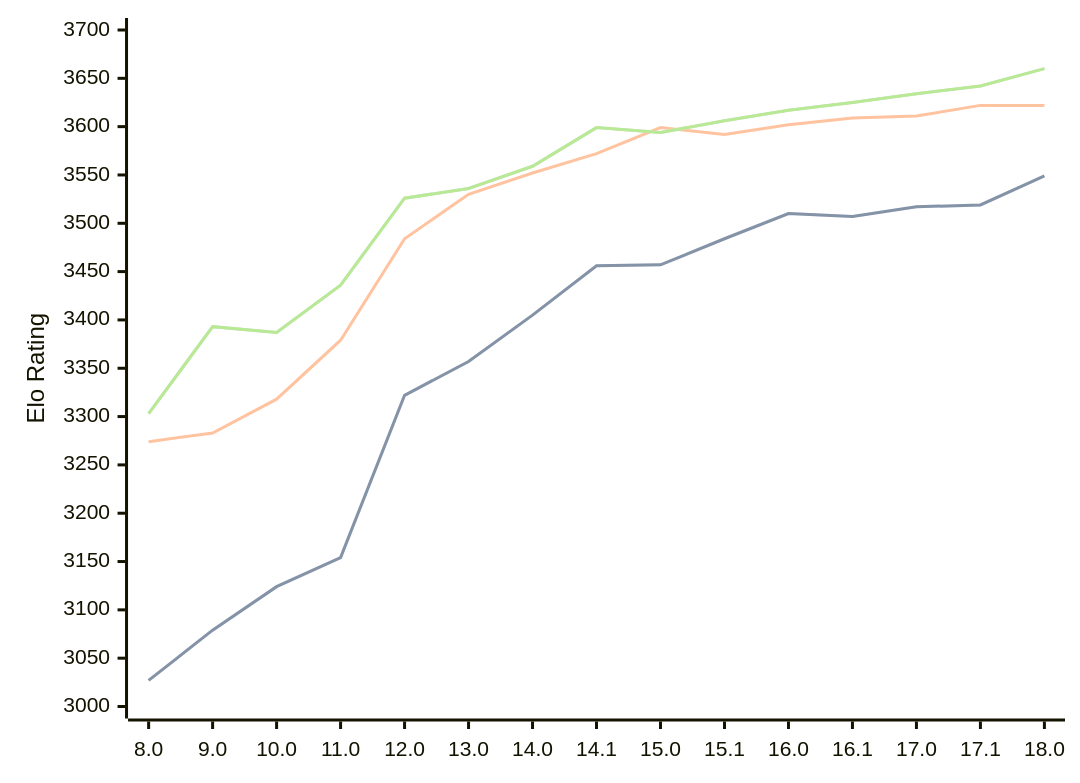
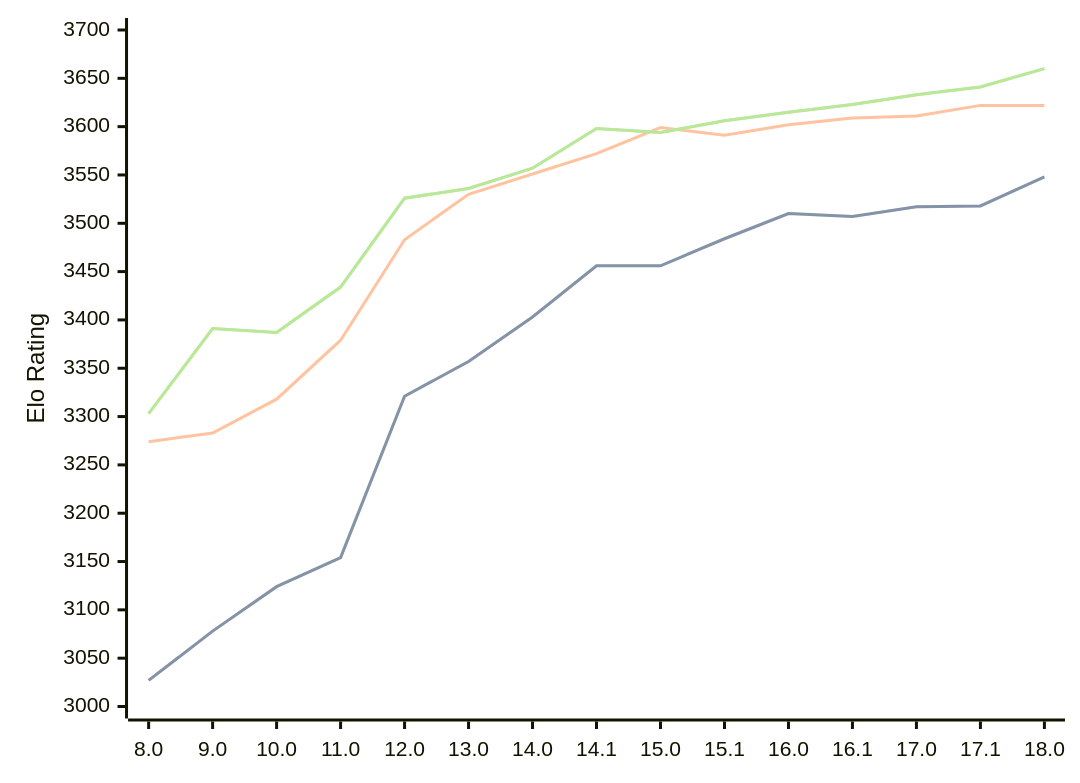
Before and after one commit to computer-chess-index/cci: the diagram in engines/Stockfish.md, drawn with Mermaid. The commit also changed other lines of this file, not shown here.

Commit message:
Update CCI Ratings (ELO VLTC) - 2026-03-15

````diff
--- a/engines/Stockfish.md
+++ b/engines/Stockfish.md
@@ -44,11 +44,11 @@
 ```mermaid
 %%{init: {"theme":"base","themeVariables":{"seriesColors:['#a3a3a3','#222221','#faa371']}}}%%
 xychart-beta
   x-axis ["8.0", "9.0", "10.0", "11.0", "12.0", "13.0", "14.0", "14.1", "15.0", "15.1", "16.0", "16.1", "17.0", "17.1", "18.0"]
   y-axis "Elo Rating" 3000 --> 3700
-  line "STC (8.0+0.08s)" [3027, 3079, 3124, 3154, 3322, 3357, 3405, 3456, 3457, 3484, 3510, 3507, 3517, 3519, 3549]
-  line "STC (8.0+0.08s)" [3027, 3079, 3124, 3154, 3322, 3357, 3405, 3456, 3457, 3484, 3510, 3507, 3517, 3519, 3549]
-  line "LTC (60.0+0.60s)" [3274, 3283, 3318, 3379, 3484, 3530, 3552, 3572, 3599, 3592, 3602, 3609, 3611, 3622, 3622]
-  line "VLTC (2m24s+1.12s)" [3303, 3393, 3387, 3436, 3526, 3536, 3559, 3599, 3594, 3606, 3617, 3625, 3634, 3642, 3660]
-  line "VLTC (2m24s+1.12s)" [3303, 3393, 3387, 3436, 3526, 3536, 3559, 3599, 3594, 3606, 3617, 3625, 3634, 3642, 3660]
+  line "STC (8.0+0.08s)" [3027, 3078, 3124, 3154, 3321, 3357, 3403, 3456, 3456, 3484, 3510, 3507, 3517, 3518, 3548]
+  line "STC (8.0+0.08s)" [3027, 3078, 3124, 3154, 3321, 3357, 3403, 3456, 3456, 3484, 3510, 3507, 3517, 3518, 3548]
+  line "LTC (60.0+0.60s)" [3274, 3283, 3318, 3379, 3483, 3530, 3551, 3572, 3599, 3591, 3602, 3609, 3611, 3622, 3622]
+  line "VLTC (2m24s+1.12s)" [3303, 3391, 3387, 3434, 3526, 3536, 3557, 3598, 3594, 3606, 3615, 3623, 3633, 3641, 3660]
+  line "VLTC (2m24s+1.12s)" [3303, 3391, 3387, 3434, 3526, 3536, 3557, 3598, 3594, 3606, 3615, 3623, 3633, 3641, 3660]
 ```
````
